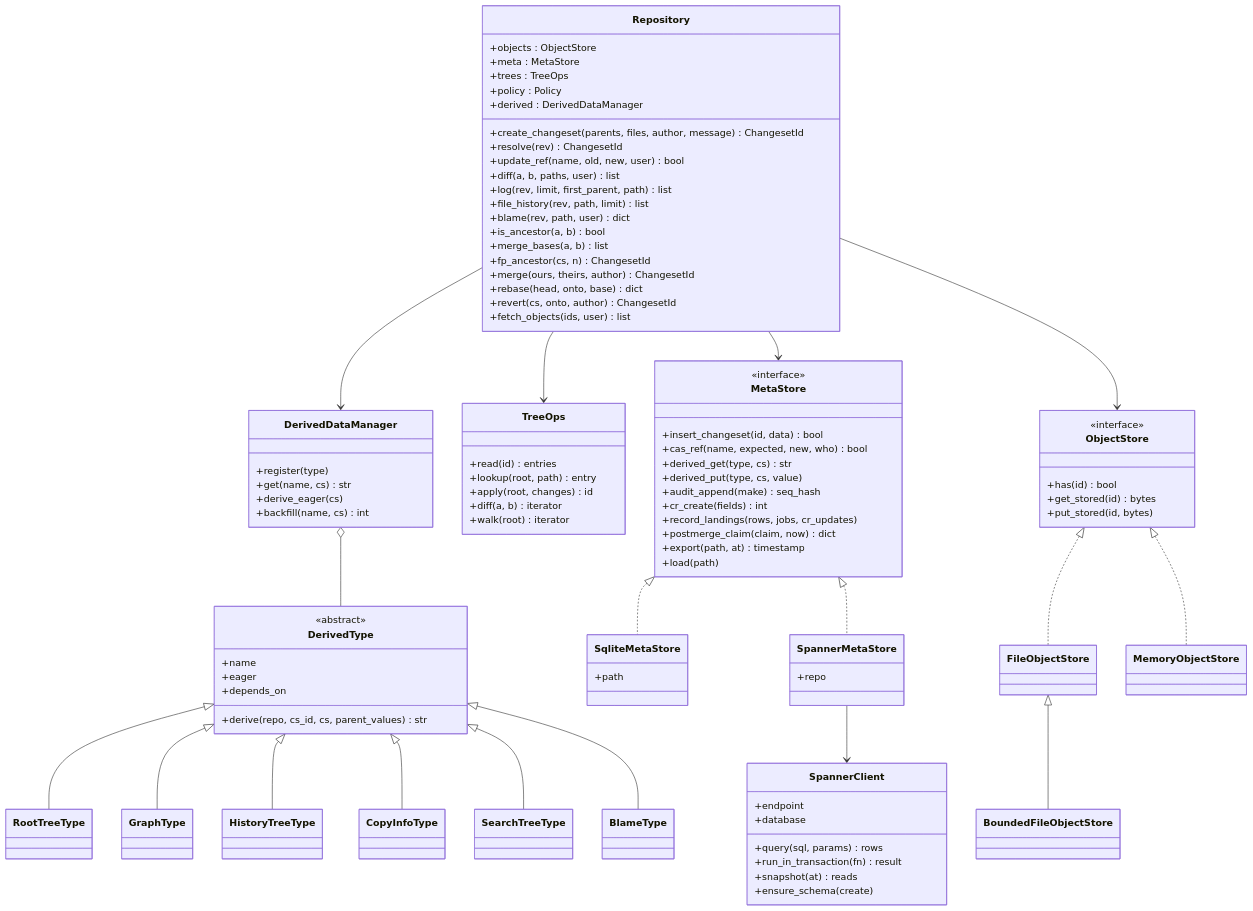
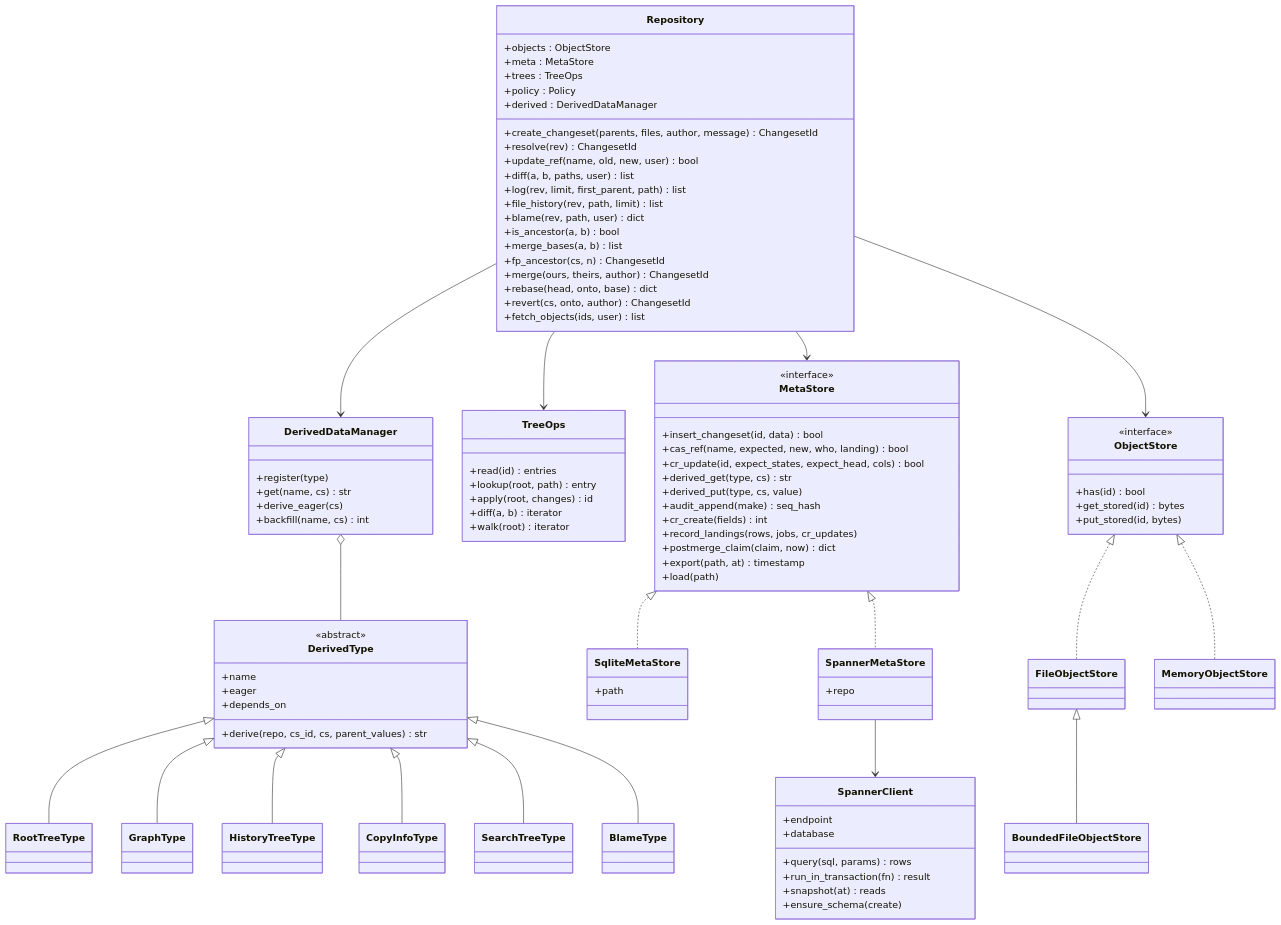
Before and after one commit to Space-Trucker/AIresume: the fifth of 28 diagrams in scion/docs/design/06-uml.md, drawn with Mermaid. The commit also changed other lines of this file and 10 other files, not shown here.

```diff
--- a/scion/docs/design/06-uml.md
+++ b/scion/docs/design/06-uml.md
@@ -353,7 +353,8 @@
   class MetaStore {
     <<interface>>
     +insert_changeset(id, data) bool
-    +cas_ref(name, expected, new, who) bool
+    +cas_ref(name, expected, new, who, landing) bool
+    +cr_update(id, expect_states, expect_head, cols) bool
     +derived_get(type, cs) str
     +derived_put(type, cs, value)
     +audit_append(make) seq_hash
```
